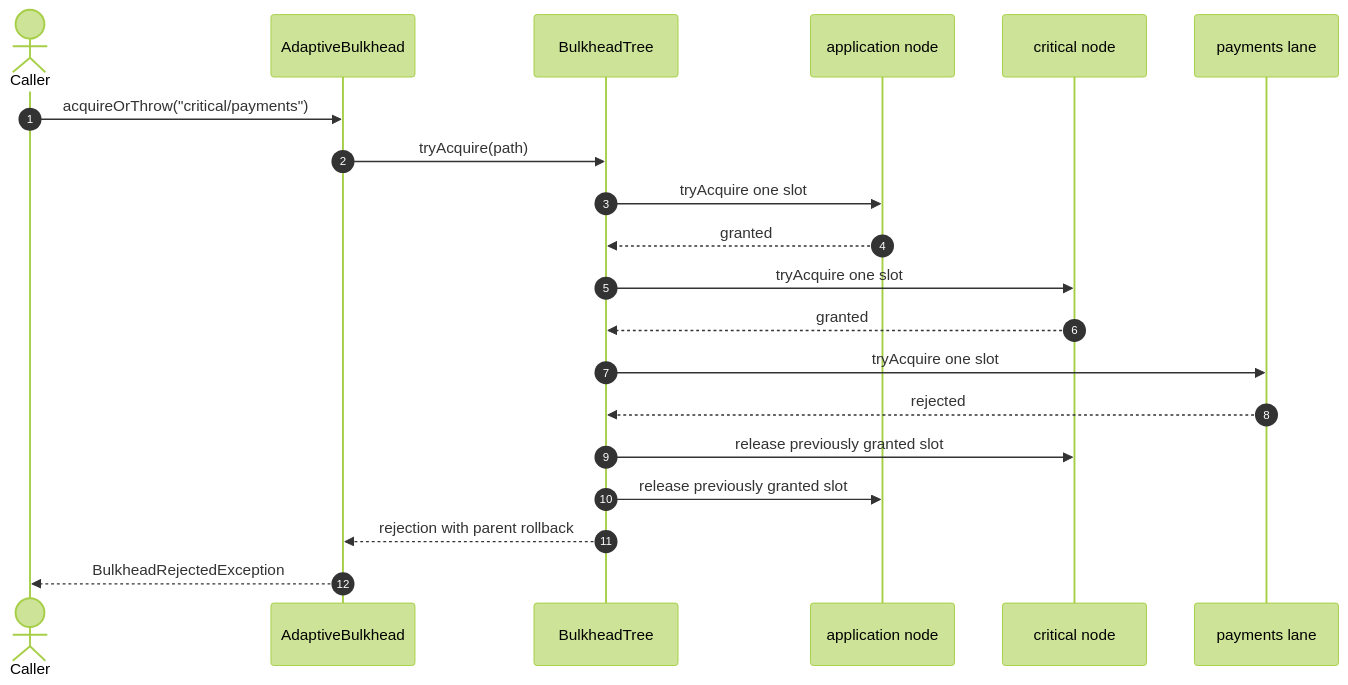
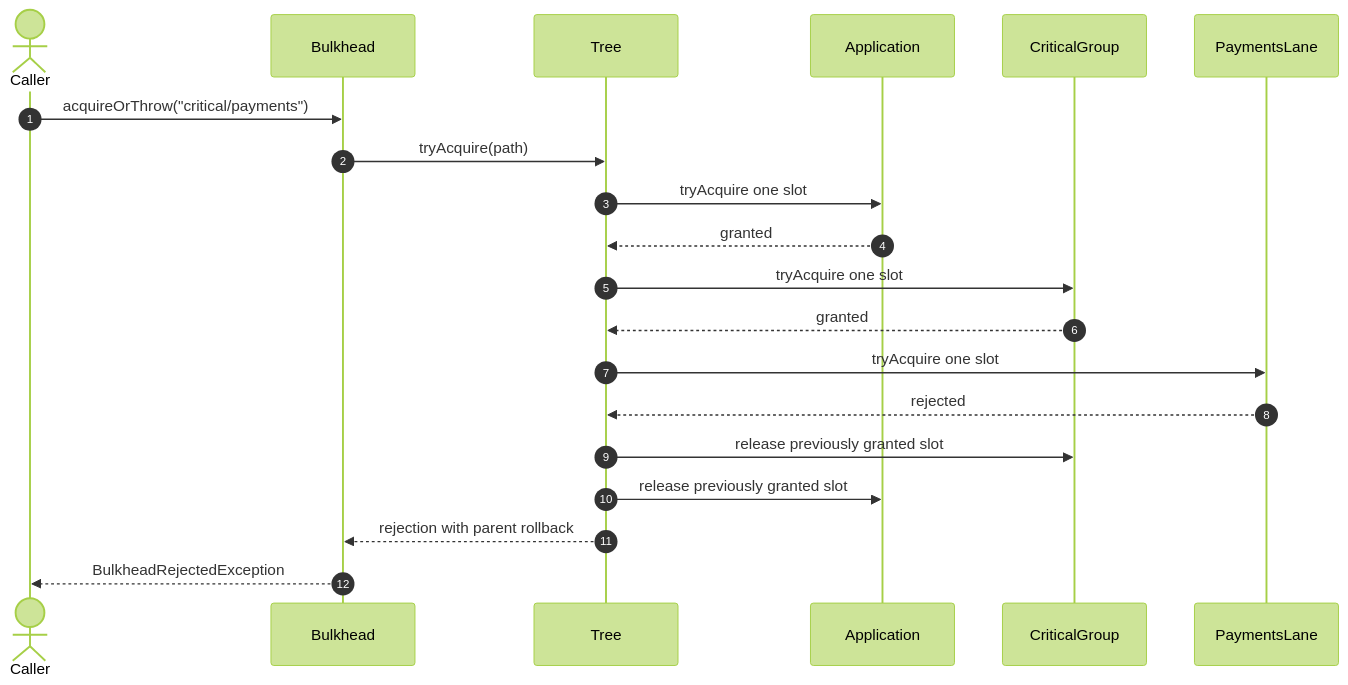
Before and after one commit to rrobetti/adaptive-bulkhead: the fourth of 4 diagrams in docs/sequence-diagrams.md, drawn with Mermaid (forest theme). The commit also changed other lines of this file, not shown here.

Commit message:
docs: simplify Mermaid sequence diagrams

````diff
--- a/docs/sequence-diagrams.md
+++ b/docs/sequence-diagrams.md
@@ -108,23 +105,22 @@
 ```mermaid
 sequenceDiagram
     autonumber
     actor Caller
-    participant AB as AdaptiveBulkhead
-    participant Tree as BulkheadTree
-    participant App as application node
-    participant Group as critical node
-    participant Leaf as payments lane
-
-    Caller->>AB: acquireOrThrow("critical/payments")
-    AB->>Tree: tryAcquire(path)
-    Tree->>App: tryAcquire one slot
-    App-->>Tree: granted
-    Tree->>Group: tryAcquire one slot
-    Group-->>Tree: granted
-    Tree->>Leaf: tryAcquire one slot
-    Leaf-->>Tree: rejected
-    Tree->>Group: release previously granted slot
-    Tree->>App: release previously granted slot
-    Tree-->>AB: rejection with parent rollback
-    AB-->>Caller: BulkheadRejectedException
+    participant Bulkhead
+    participant Tree
+    participant Application
+    participant CriticalGroup
+    participant PaymentsLane
+    Caller->>Bulkhead: acquireOrThrow("critical/payments")
+    Bulkhead->>Tree: tryAcquire(path)
+    Tree->>Application: tryAcquire one slot
+    Application-->>Tree: granted
+    Tree->>CriticalGroup: tryAcquire one slot
+    CriticalGroup-->>Tree: granted
+    Tree->>PaymentsLane: tryAcquire one slot
+    PaymentsLane-->>Tree: rejected
+    Tree->>CriticalGroup: release previously granted slot
+    Tree->>Application: release previously granted slot
+    Tree-->>Bulkhead: rejection with parent rollback
+    Bulkhead-->>Caller: BulkheadRejectedException
 ```
````
